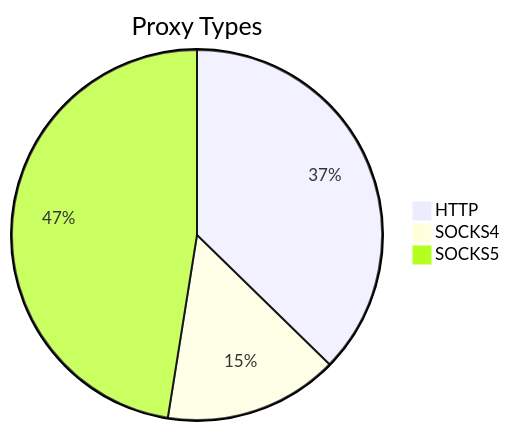
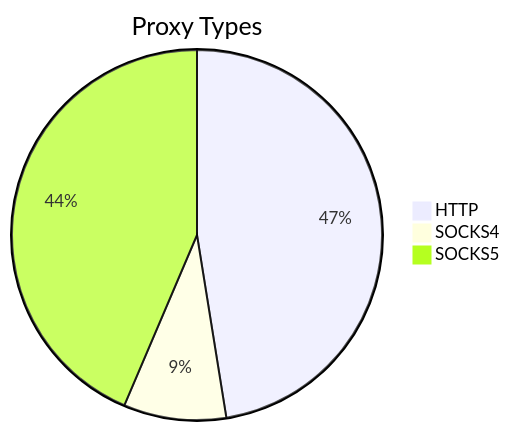
One commit to stormsia/proxy-list changed the first of 2 diagrams in README.md. Above: the diagram before and after it, drawn with Mermaid. The commit also changed other lines of this file, not shown here.

````diff
--- a/README.md
+++ b/README.md
@@ -21,6 +21,6 @@
 ```mermaid
 pie title Proxy Types
-    "HTTP" : 385
-    "SOCKS4" : 157
-    "SOCKS5" : 490
+    "HTTP" : 318
+    "SOCKS4" : 60
+    "SOCKS5" : 292
 ```
````
